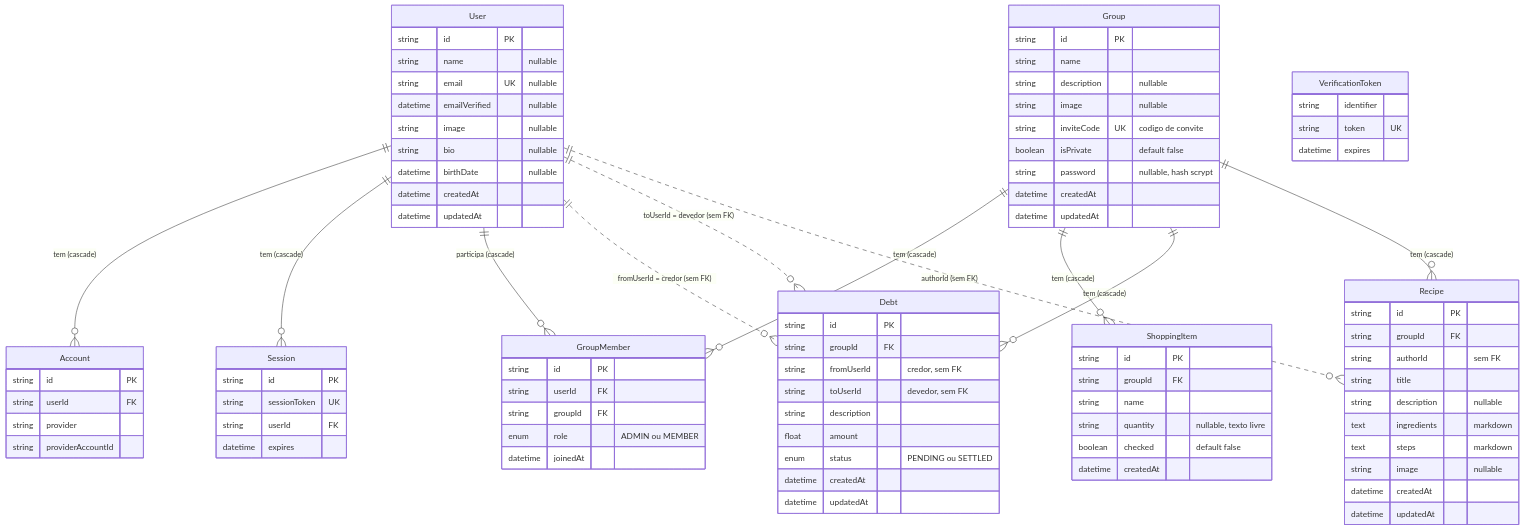
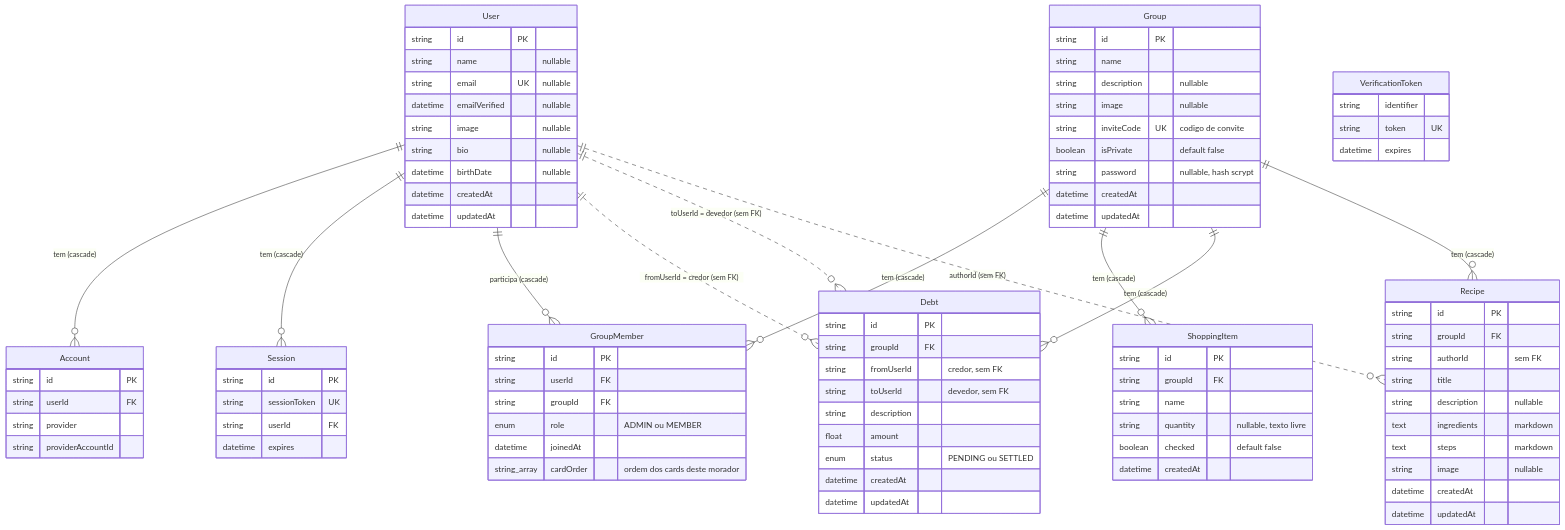
The diagram in docs/ER.md (faelperini/casa-app), drawn with Mermaid before and after one commit. The commit also changed other lines of this file and 9 other files, not shown here.

```diff
--- a/docs/ER.md
+++ b/docs/ER.md
@@ -76,6 +76,7 @@
         string groupId FK
         enum role "ADMIN ou MEMBER"
         datetime joinedAt
+        string_array cardOrder "ordem dos cards deste morador"
     }
     ShoppingItem {
         string id PK
```
